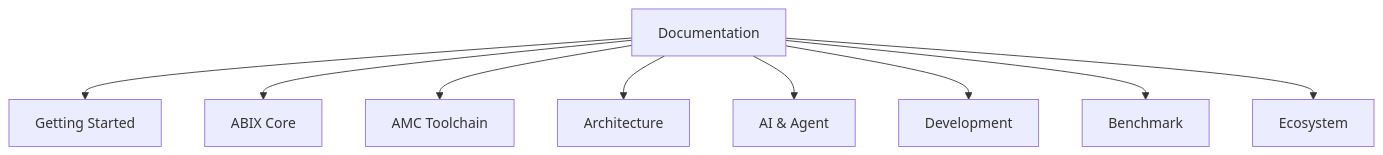
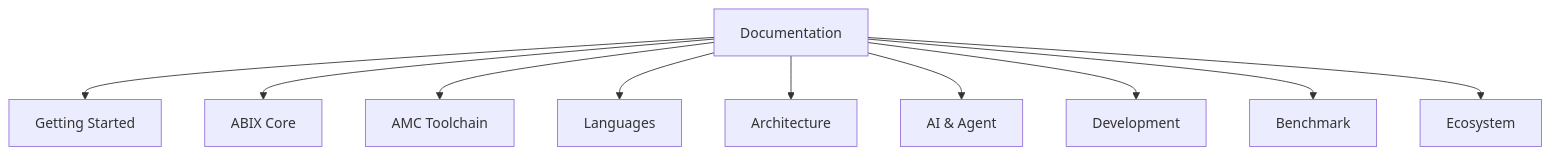
Before and after one commit to Sukanle/ABIX: the diagram in docs/README.md, drawn with Mermaid. The commit also changed other lines of this file and 11 other files, not shown here.

````diff
--- a/docs/README.md
+++ b/docs/README.md
@@ -11,11 +11,12 @@
 ```mermaid
 graph TD
     R[Documentation] --> GS[Getting Started]
     R --> AX[ABIX Core]
     R --> AM[AMC Toolchain]
+    R --> L[Languages]
     R --> AR[Architecture]
     R --> AI[AI &amp; Agent]
     R --> DV[Development]
     R --> BM[Benchmark]
     R --> EC[Ecosystem]
 ```
````
